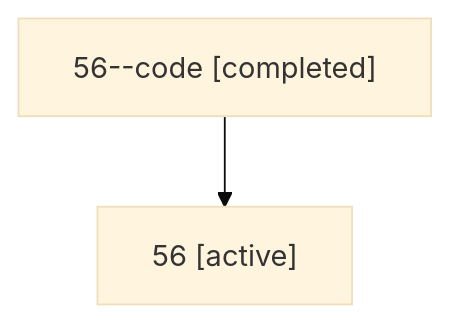
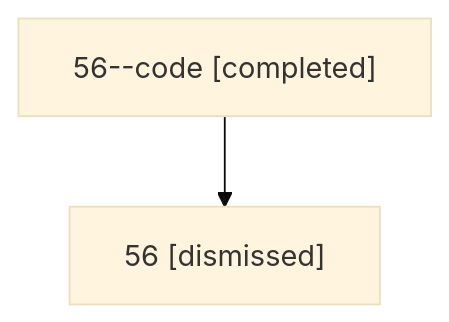
The diagram in sessions/bbugyi200.athena.56.md (sase-org/sase--agents), drawn with Mermaid (base theme) before and after one commit. The commit also changed other lines of this file and 32 other files, not shown here.

````diff
--- a/sessions/bbugyi200.athena.56.md
+++ b/sessions/bbugyi200.athena.56.md
@@ -9,6 +9,6 @@
 ```mermaid
 flowchart TD
   n0["56--code [completed]"]
-  n1["56 [active]"]
+  n1["56 [dismissed]"]
   n0 --> n1
 ```
````
